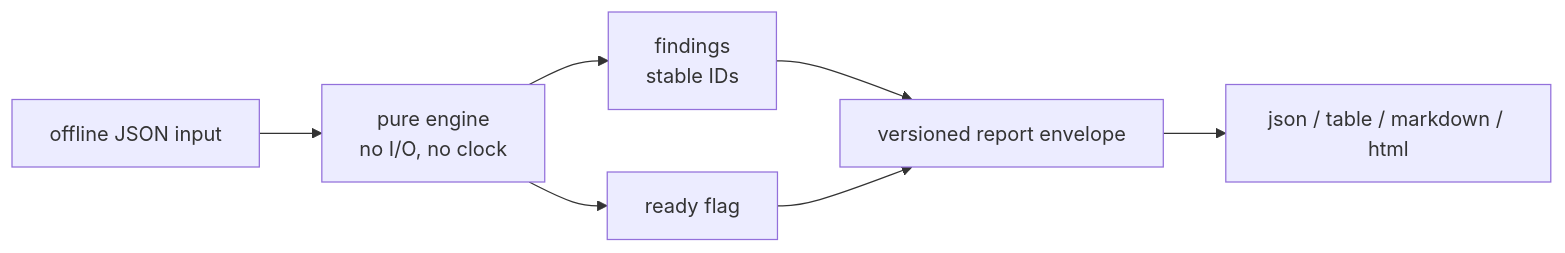
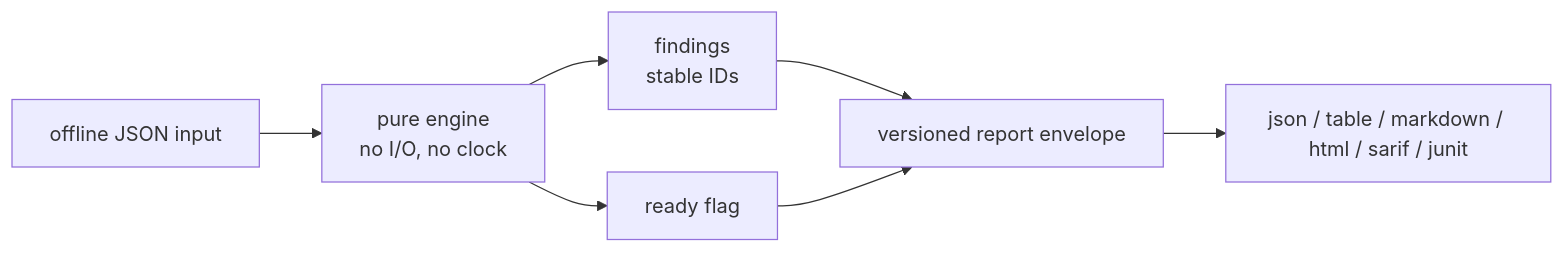
The diagram in README.md (prashobnair/zoho-implementation-toolkit), drawn with Mermaid before and after one commit. The commit also changed other lines of this file and 71 other files, not shown here.

First line of the commit message:
feat(release): release module v2 and release-gate GitHub Action; baseline, report diff, SARIF and JUnit (#35)

````diff
--- a/README.md
+++ b/README.md
@@ -58,9 +58,9 @@
 ```mermaid
 flowchart LR
     input[offline JSON input] --> engine[pure engine\nno I/O, no clock]
     engine --> findings[findings\nstable IDs]
     engine --> ready[ready flag]
     findings --> envelope[versioned report envelope]
     ready --> envelope
-    envelope --> renderers[json / table / markdown / html]
+    envelope --> renderers[json / table / markdown / html / sarif / junit]
 ```
````
